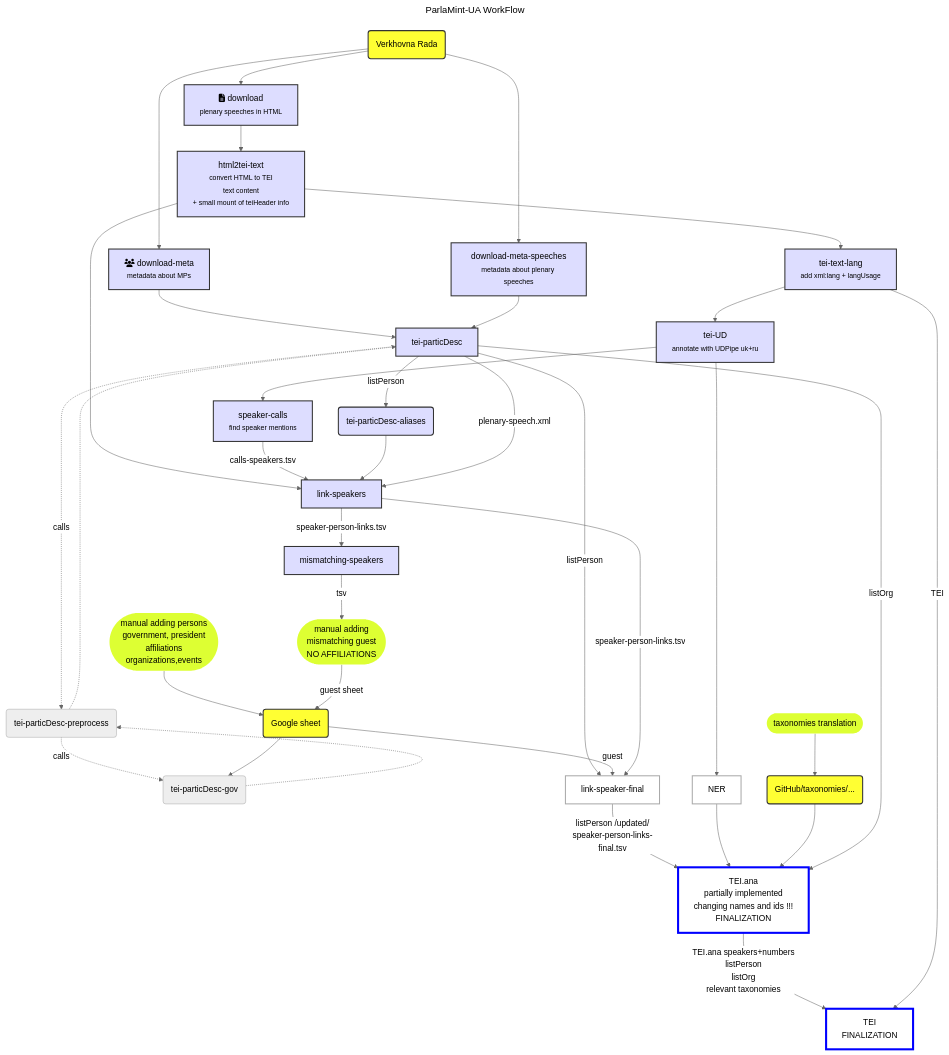
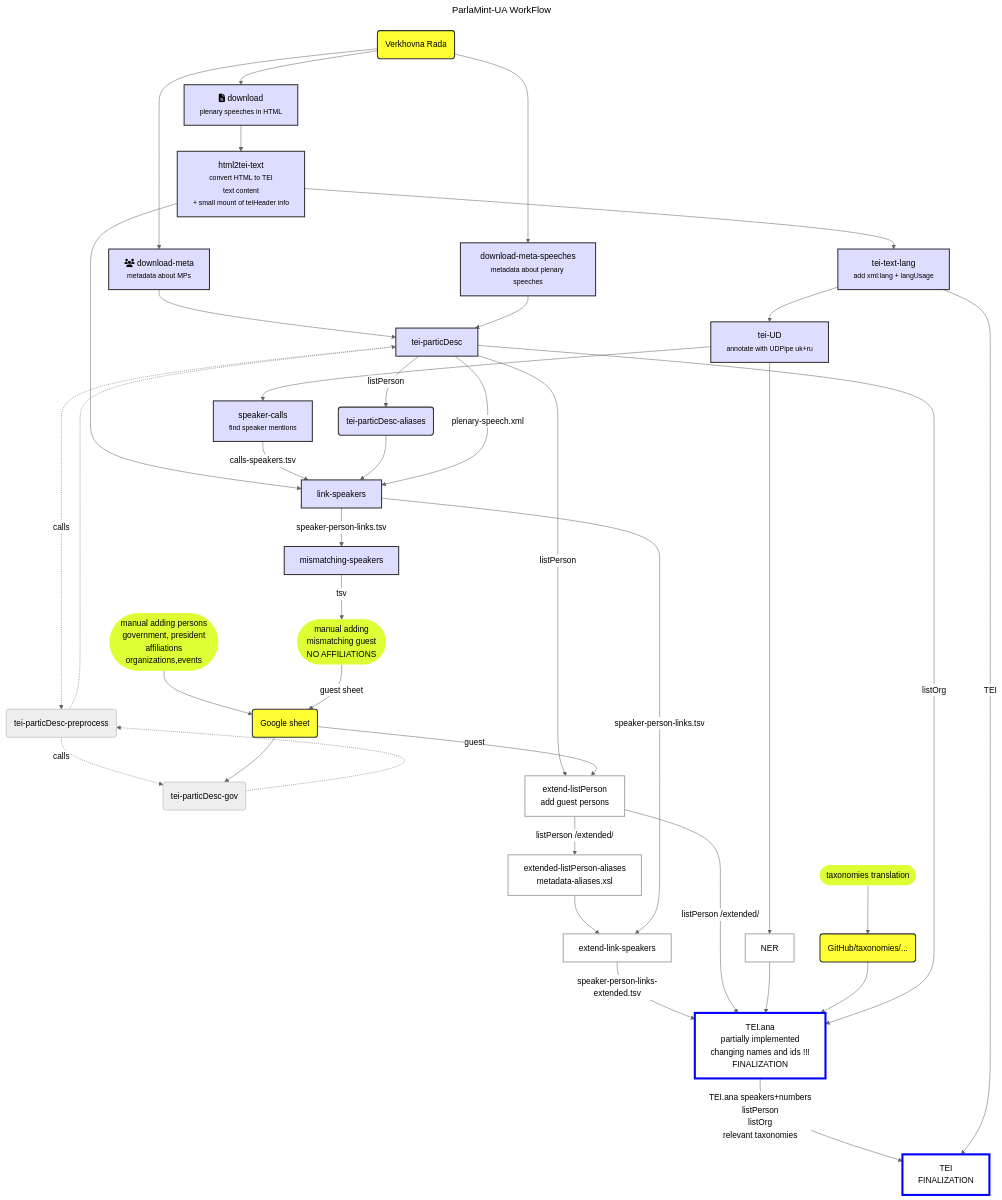
One commit to ufal/ParlaMint-UA changed the diagram in README.md. Above: the diagram before and after it, drawn with Mermaid (neutral theme).

Commit message:
update workflow

````diff
--- a/README.md
+++ b/README.md
@@ -5,75 +5,81 @@
 ```mermaid
 ---
 title: ParlaMint-UA WorkFlow
 ---
 graph TB
     VR(Verkhovna Rada):::in
 
     DM[fa:fa-users download-meta<br><small>metadata about MPs</small>]
     VR --> DM
     DMsp[download-meta-speeches<br><small>metadata about plenary speeches</small>]
     VR --> DMsp
     tei-particDesc[tei-particDesc]
     DM --> tei-particDesc
     DMsp --> tei-particDesc
 
     tei-particDesc -. calls .-> tei-particDesc-preprocess(tei-particDesc-preprocess):::gr
     tei-particDesc-preprocess -.-> tei-particDesc
     tei-particDesc-preprocess -. calls .-> tei-particDesc-gov(tei-particDesc-gov):::gr
     tei-particDesc-gov -.-> tei-particDesc-preprocess
     GOV([manual adding persons<br>government, president<br>affiliations<br>organizations,events]):::MANUAL
     GS(Google sheet):::in
     GOV --> GS
     GS --> tei-particDesc-gov
     tei-particDesc --listPerson--> tei-particDesc-aliases(tei-particDesc-aliases)
 
     DP[fa:fa-file-text download<br><small>plenary speeches in HTML</small>]
     VR --> DP
 
     HTML[html2tei-text<br><small>convert HTML to TEI<br>text content <br>+ small mount of teiHeader info</small>]
     DP --> HTML
     TEIlang[tei-text-lang<br><small>add xml:lang + langUsage </small>]
     HTML --> TEIlang
     TEIud[tei-UD<br><small>annotate with UDPipe uk+ru</small>]
     TEIlang --> TEIud
     SC[speaker-calls<br><small>find speaker mentions</small>]
     TEIud --> SC
 
     TEIner[NER]:::TODO
     TEIud --> TEIner
 
     link-speakers[link-speakers]
     HTML --> link-speakers
     SC --calls-speakers.tsv--> link-speakers
     tei-particDesc-aliases --> link-speakers
     tei-particDesc --plenary-speech.xml--> link-speakers
 
     mismatching-speakers[mismatching-speakers]
     link-speakers --speaker-person-links.tsv--> mismatching-speakers
     manMiss([manual adding<br>mismatching guest<br>NO AFFILIATIONS]):::MANUAL
     mismatching-speakers --tsv--> manMiss
     manMiss --guest sheet-->GS
 
-    link-speaker-final[link-speaker-final]:::TODO
-    tei-particDesc --listPerson--> link-speaker-final
-    GS --guest--> link-speaker-final
-    link-speakers --speaker-person-links.tsv--> link-speaker-final
+    extend-listPerson[extend-listPerson<br>add guest persons]:::TODO
+    tei-particDesc --listPerson--> extend-listPerson
+    GS --guest--> extend-listPerson
+    extended-listPerson-aliases[extended-listPerson-aliases<br>metadata-aliases.xsl]:::TODO
+    extend-listPerson --listPerson /extended/--> extended-listPerson-aliases
+
+    extend-link-speakers[extend-link-speakers]:::TODO
+    extended-listPerson-aliases --> extend-link-speakers
+    link-speakers --speaker-person-links.tsv--> extend-link-speakers
     taxonomies-man([taxonomies translation]):::MANUAL --> taxonomies(GitHub/taxonomies/...):::in
 
     TEIana[TEI.ana<br>partially implemented<br>changing names and ids !!!<br>FINALIZATION]:::TODOfin
-    link-speaker-final --listPerson /updated/<br>speaker-person-links-final.tsv--> TEIana
+    extend-link-speakers --speaker-person-links-extended.tsv--> TEIana
+    extend-listPerson --listPerson /extended/--> TEIana
     TEIner --> TEIana
     taxonomies --> TEIana
     tei-particDesc --listOrg--> TEIana
 
     TEI[TEI<br>FINALIZATION]:::TODOfin
     TEIana --TEI.ana speakers+numbers<br>listPerson<br>listOrg<br>relevant taxonomies-->TEI
     TEIlang --TEI-->TEI
     
     classDef default fill:#ddf,stroke:#333,stroke-width:2px;
     classDef in fill:#ff3;
     classDef gr fill:#eee,stroke:#aaa,stroke-width:1px;
     classDef TODO fill:#fff,stroke:#aaa;
     classDef TODOfin fill:#fff,stroke:#00f,stroke-width:4px;
     classDef MANUAL fill:#df3,stroke-width:0px;
 ```
````
